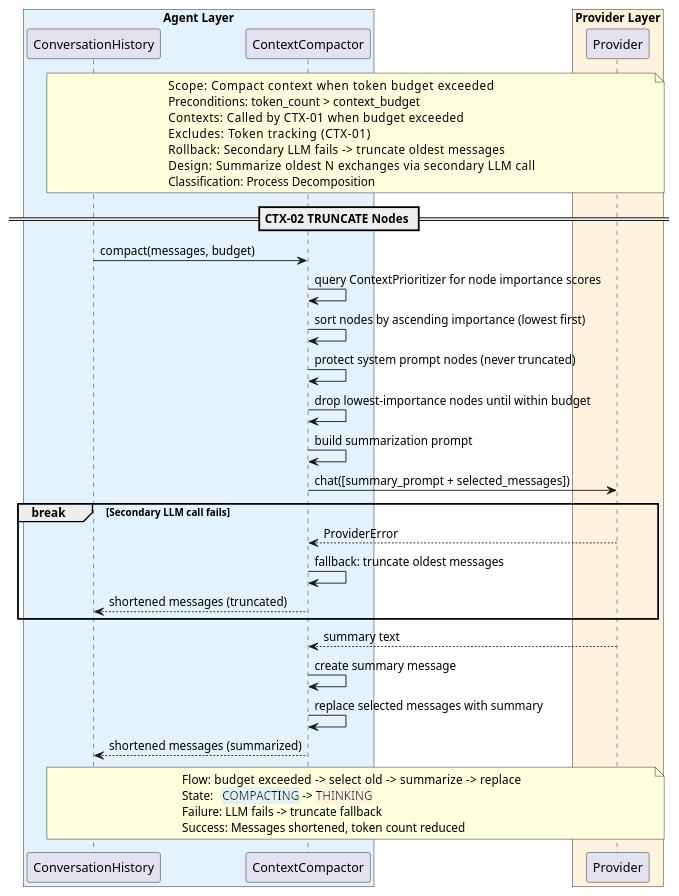
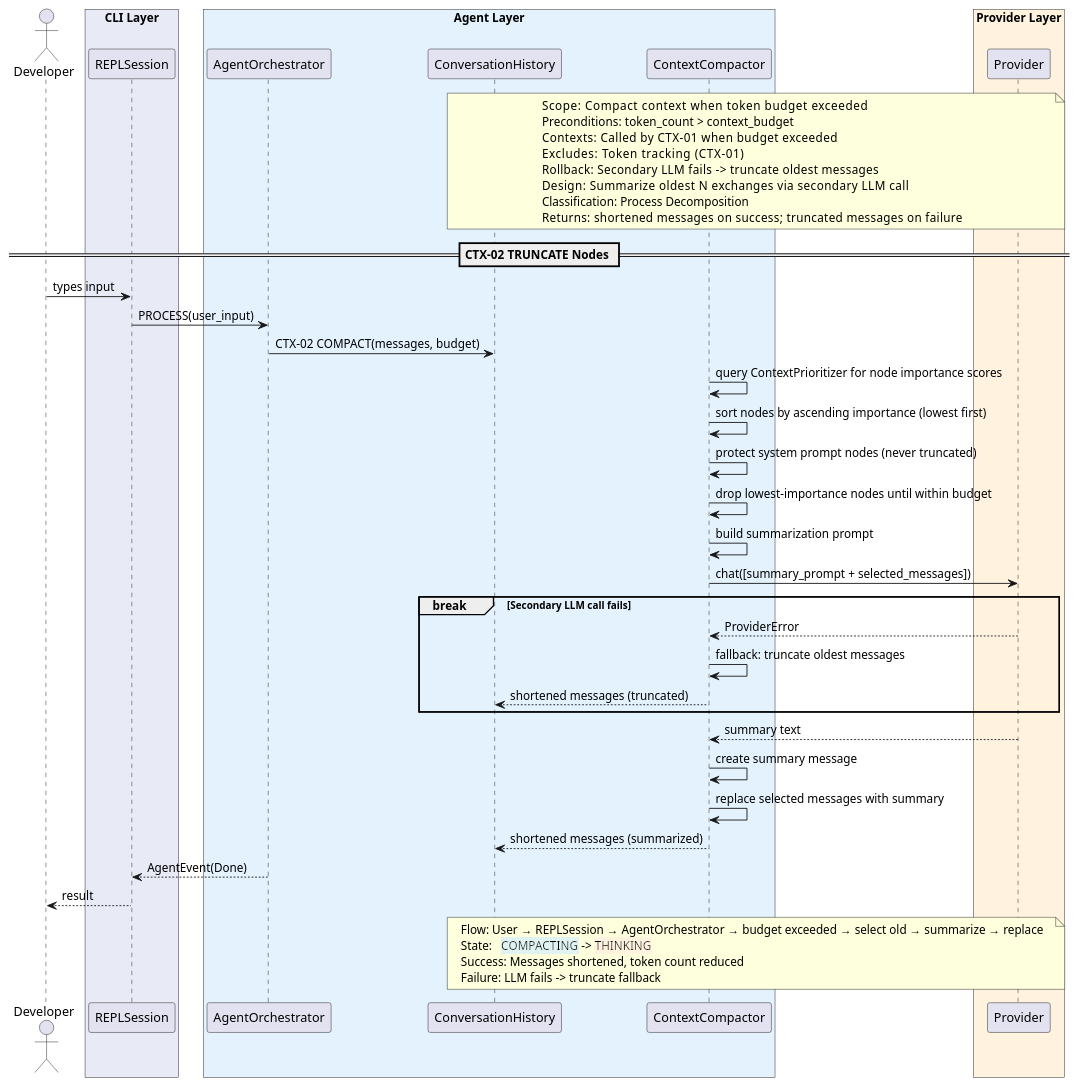
Before and after one commit to salimnamvar/nasim: the diagram in docs/SQ/CTX/sq_ctx02_compact_context.puml, drawn with PlantUML. The commit also changed 148 other files, not shown here.

```diff
--- a/docs/SQ/CTX/sq_ctx02_compact_context.puml
+++ b/docs/SQ/CTX/sq_ctx02_compact_context.puml
@@ -1,59 +1,71 @@
 @startuml sq_ctx02_compact_context
 ' ============================================================
 ' Title:     CTX-02 — COMPACT Context
 ' Boundary:  nasim code agent CLI
 ' Purpose:   Compact context when token budget exceeded
 ' Milestone: v1.0
 ' Version:   2.0.0
 ' Source:    docs/UC/README.md
 ' Review:    —
 ' ============================================================
 
+actor "Developer" as user
+
+box "CLI Layer" #E8EAF6
+  participant "REPLSession" as repl
+end box
 box "Agent Layer" #E3F2FD
+  participant "AgentOrchestrator" as agent
   participant "ConversationHistory" as history
   participant "ContextCompactor" as compactor
 end box
 box "Provider Layer" #FFF3E0
   participant "Provider" as provider
 end box
 
 note over history, provider
   Scope:          Compact context when token budget exceeded
   Preconditions:  token_count > context_budget
   Contexts:       Called by CTX-01 when budget exceeded
   Excludes:       Token tracking (CTX-01)
   Rollback:       Secondary LLM fails -> truncate oldest messages
   Design:         Summarize oldest N exchanges via secondary LLM call
   Classification: Process Decomposition
+  Returns:        shortened messages on success; truncated messages on failure
 end note
 
 == CTX-02 TRUNCATE Nodes ==
 
-history -> compactor : compact(messages, budget)
+user -> repl : types input
+repl -> agent : PROCESS(user_input)
+agent -> history : CTX-02 COMPACT(messages, budget)
 compactor -> compactor : query ContextPrioritizer for node importance scores
 compactor -> compactor : sort nodes by ascending importance (lowest first)
 compactor -> compactor : protect system prompt nodes (never truncated)
 compactor -> compactor : drop lowest-importance nodes until within budget
 compactor -> compactor : build summarization prompt
 
 compactor -> provider : chat([summary_prompt + selected_messages])
 
 break Secondary LLM call fails
     provider --> compactor : ProviderError
     compactor -> compactor : fallback: truncate oldest messages
     compactor --> history : shortened messages (truncated)
 end
 
 provider --> compactor : summary text
 compactor -> compactor : create summary message
 compactor -> compactor : replace selected messages with summary
 compactor --> history : shortened messages (summarized)
 
+agent --> repl : AgentEvent(Done)
+repl --> user : result
+
 note over history, provider
-  Flow:    budget exceeded -> select old -> summarize -> replace
+  Flow:    User → REPLSession → AgentOrchestrator → budget exceeded → select old → summarize → replace
   State:   <back:#E0F2F1>COMPACTING</back> -> <back:#FFF3E0>THINKING</back>
+  Success: Messages shortened, token count reduced
   Failure: LLM fails -> truncate fallback
-  Success: Messages shortened, token count reduced
 end note
 
 @enduml
```
